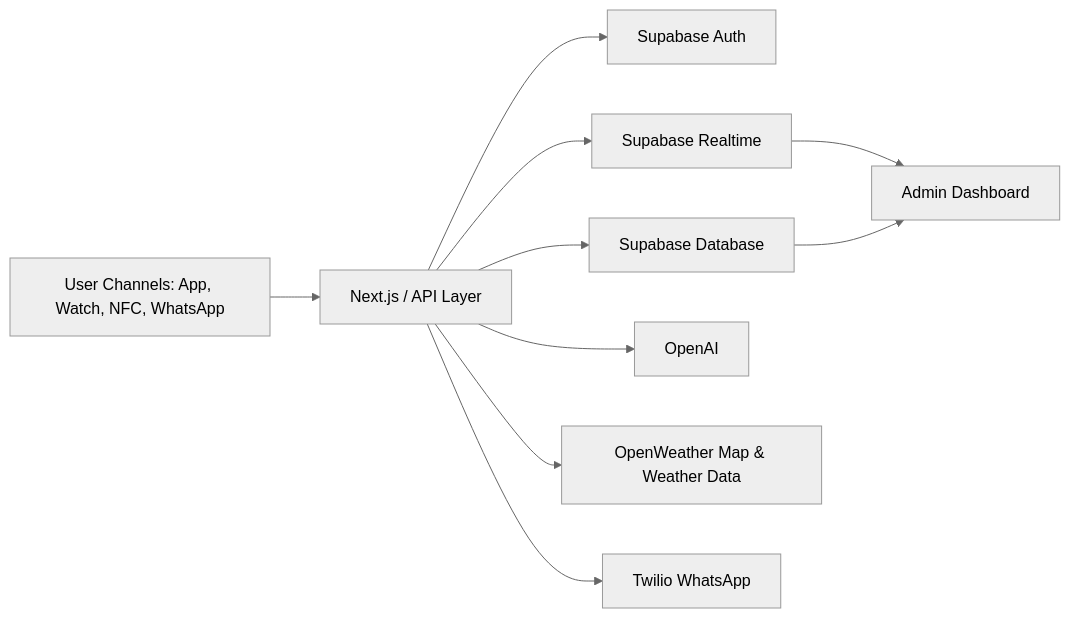
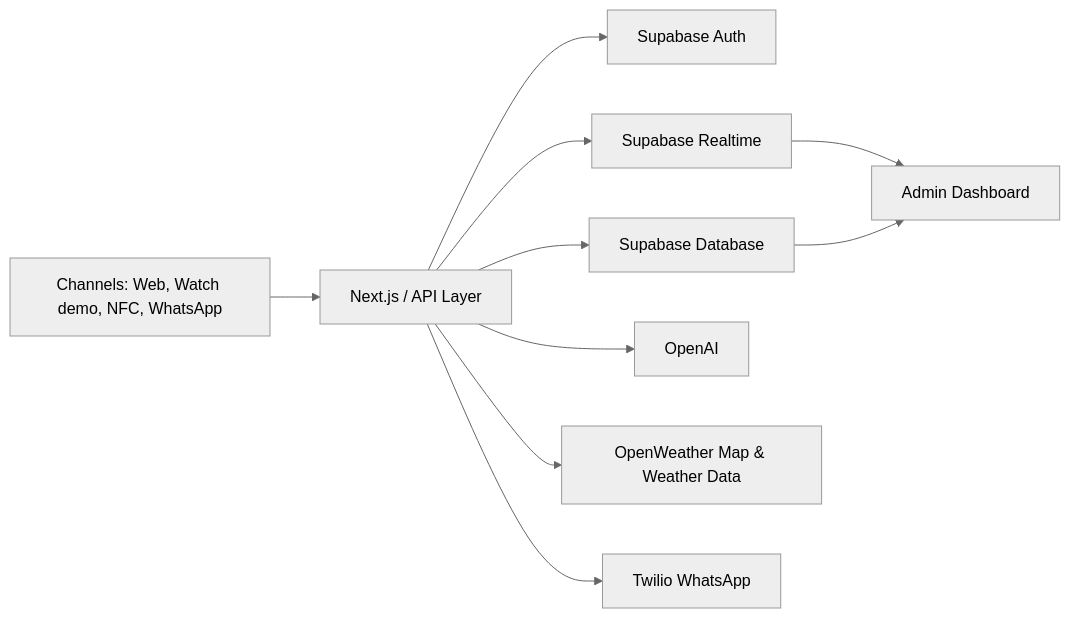
One commit to Shrit1401/PUHackathon changed the second of 4 diagrams in README.md. Above: the diagram before and after it, drawn with Mermaid (neutral theme). The commit also changed other lines of this file, not shown here.

First line of the commit message:
docs: align README with web-first channels (no smartphone hero)

````diff
--- a/README.md
+++ b/README.md
@@ -120,13 +118,13 @@
 ```mermaid
 flowchart LR
-    U[User Channels: App, Watch, NFC, WhatsApp] --> A[Next.js / API Layer]
+    U[Channels: Web, Watch demo, NFC, WhatsApp] --> A[Next.js / API Layer]
     A --> B[Supabase Auth]
     A --> C[Supabase Database]
     A --> D[Supabase Realtime]
     A --> E[OpenAI]
     A --> F[OpenWeather Map & Weather Data]
     A --> G[Twilio WhatsApp]
 
     D --> H[Admin Dashboard]
     C --> H
 ```
````
